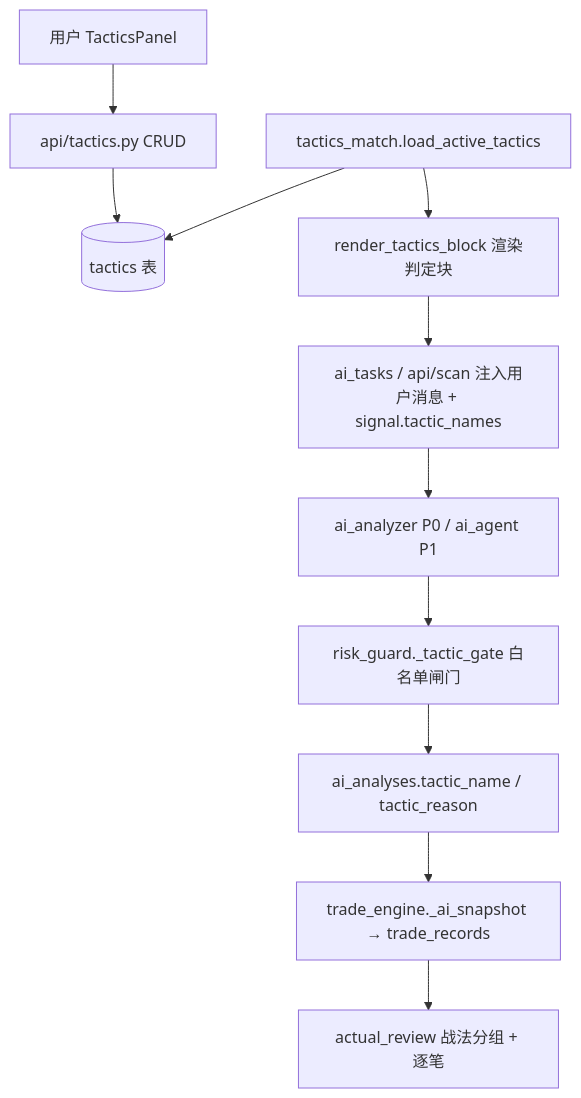
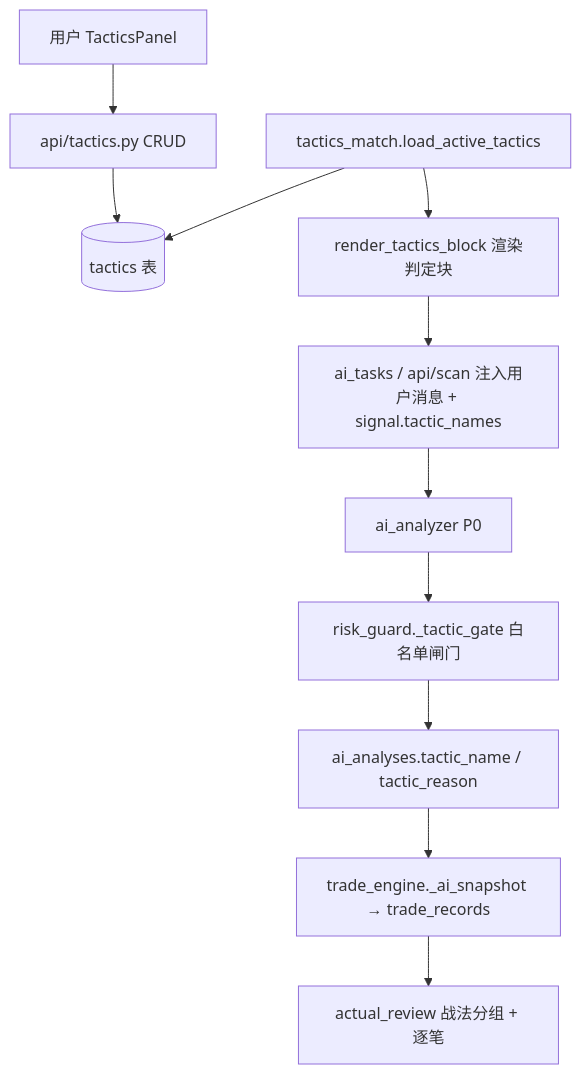
Before and after one commit to wwei-github/trading-workbench: the second of 5 diagrams in docs/战法/10-战法模块.md, drawn with Mermaid. The commit also changed other lines of this file and 59 other files, not shown here.

````diff
--- a/docs/战法/10-战法模块.md
+++ b/docs/战法/10-战法模块.md
@@ -48,13 +48,13 @@
 ```mermaid
 flowchart TD
     User["用户 TacticsPanel"] --> API["api/tactics.py CRUD"]
     API --> DB[("tactics 表")]
     Loader["tactics_match.load_active_tactics"] --> DB
     Loader --> Render["render_tactics_block 渲染判定块"]
     Render --> Inject["ai_tasks / api/scan 注入用户消息 + signal.tactic_names"]
-    Inject --> LLM["ai_analyzer P0 / ai_agent P1"]
+    Inject --> LLM["ai_analyzer P0"]
     LLM --> Gate["risk_guard._tactic_gate 白名单闸门"]
     Gate --> Cols["ai_analyses.tactic_name / tactic_reason"]
     Cols --> Snap["trade_engine._ai_snapshot → trade_records"]
     Snap --> Review["actual_review 战法分组 + 逐笔"]
 ```
````
